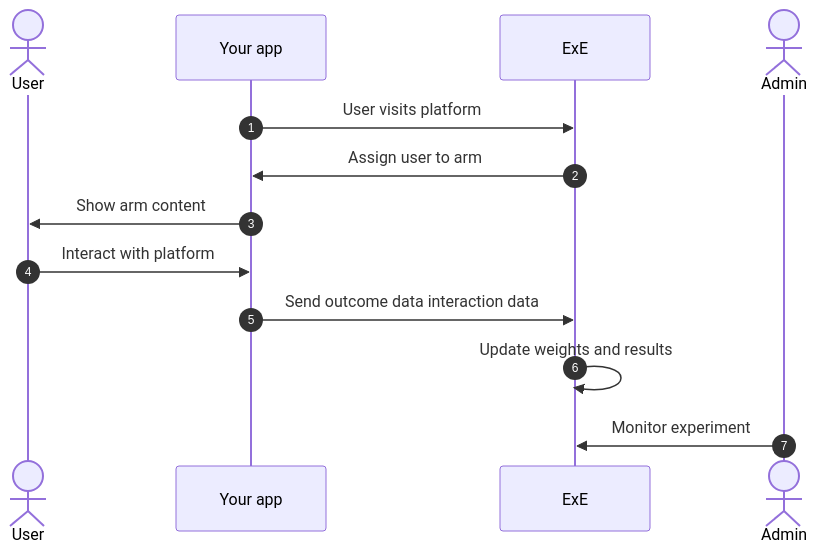
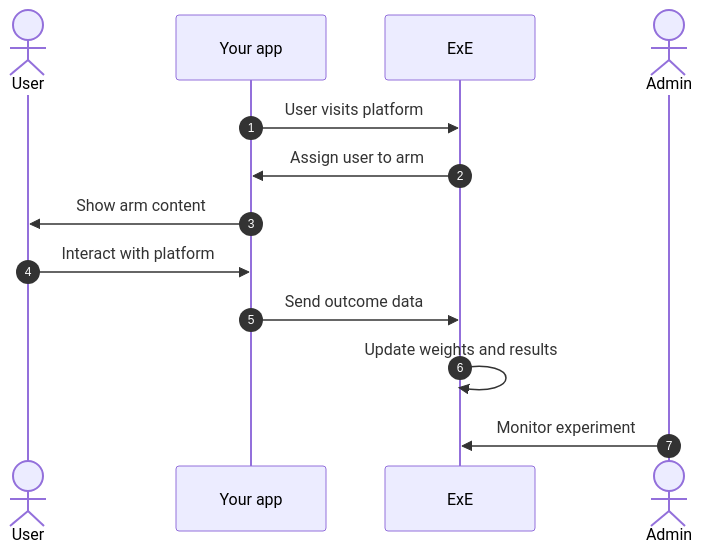
One commit to aadhil2k4/experiments-engine changed the second of 2 diagrams in docs/index.md. Above: the diagram before and after it, drawn with Mermaid.

Commit message:
fixes from copilot

````diff
--- a/docs/index.md
+++ b/docs/index.md
@@ -49,13 +49,13 @@
 ```mermaid
 sequenceDiagram
     autonumber
     actor User
     Your app->>ExE: User visits platform
     ExE->>Your app: Assign user to arm
     Your app->>User: Show arm content
     User->>Your app: Interact with platform
-    Your app->>ExE: Send outcome data interaction data
+    Your app->>ExE: Send outcome data
     ExE->>ExE: Update weights and results
     actor Admin
     Admin->>ExE: Monitor experiment
 ```
````
